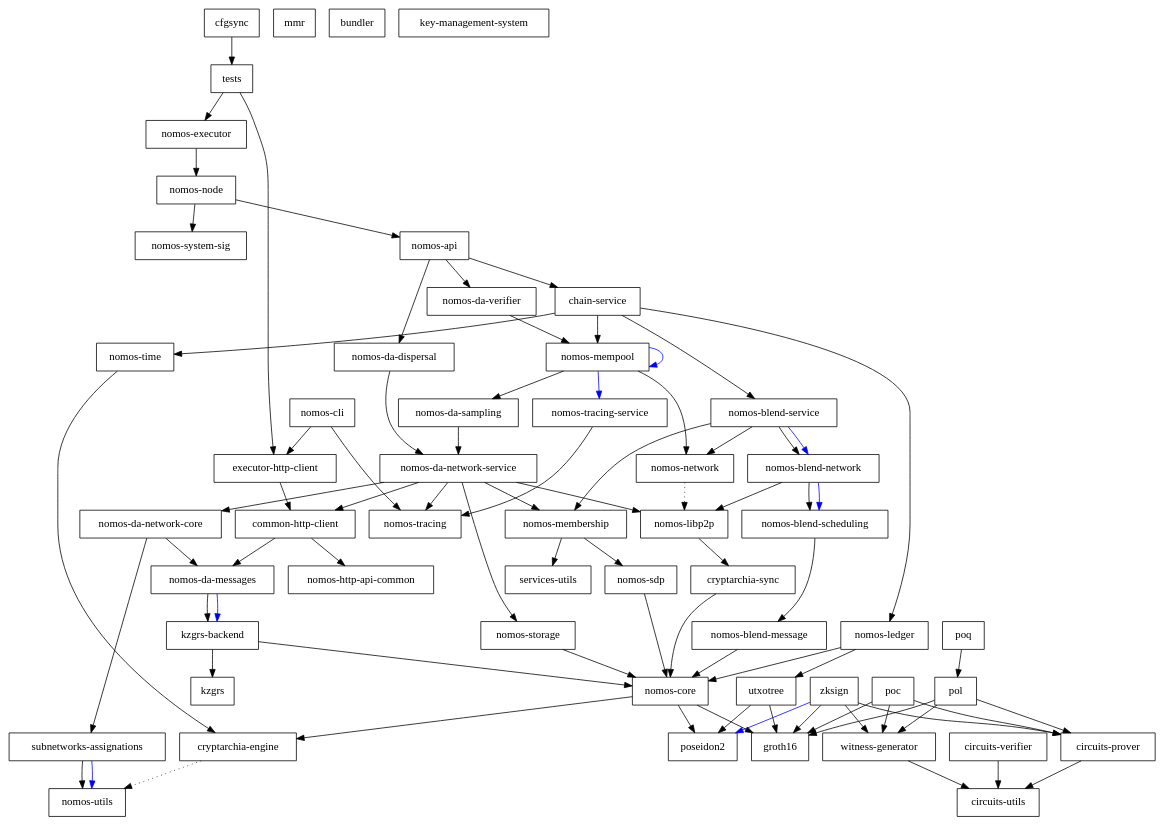
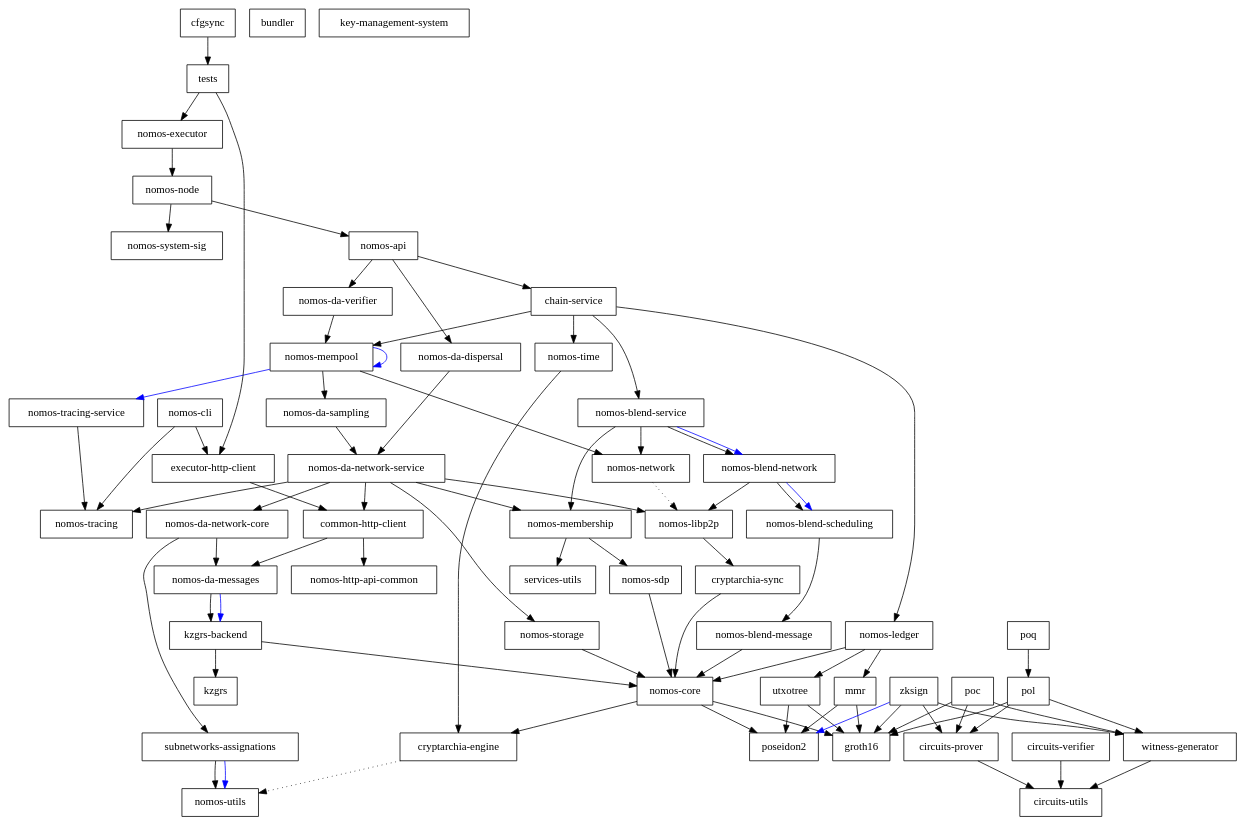
Before and after one commit to Astro521/logos-blockchain: the diagram in dependencies_graph.dot, drawn with Graphviz. The commit also changed 13 other files, not shown here.

```diff
--- a/dependencies_graph.dot
+++ b/dependencies_graph.dot
@@ -1,134 +1,137 @@
 digraph {
     0 [ label = "cryptarchia-engine" shape = box]
     1 [ label = "nomos-utils" shape = box]
     2 [ label = "cryptarchia-sync" shape = box]
     3 [ label = "nomos-core" shape = box]
     4 [ label = "groth16" shape = box]
     5 [ label = "poseidon2" shape = box]
     6 [ label = "nomos-ledger" shape = box]
-    7 [ label = "utxotree" shape = box]
-    8 [ label = "mmr" shape = box]
+    7 [ label = "mmr" shape = box]
+    8 [ label = "utxotree" shape = box]
     9 [ label = "nomos-http-api-common" shape = box]
     10 [ label = "nomos-executor" shape = box]
     11 [ label = "kzgrs-backend" shape = box]
     12 [ label = "kzgrs" shape = box]
     13 [ label = "nomos-api" shape = box]
     14 [ label = "chain-service" shape = box]
     15 [ label = "nomos-blend-service" shape = box]
     16 [ label = "nomos-blend-message" shape = box]
     17 [ label = "nomos-blend-network" shape = box]
     18 [ label = "nomos-blend-scheduling" shape = box]
     19 [ label = "nomos-libp2p" shape = box]
     20 [ label = "nomos-membership" shape = box]
     21 [ label = "nomos-sdp" shape = box]
     22 [ label = "services-utils" shape = box]
     23 [ label = "nomos-network" shape = box]
     24 [ label = "nomos-da-sampling" shape = box]
     25 [ label = "nomos-da-network-core" shape = box]
     26 [ label = "nomos-da-messages" shape = box]
     27 [ label = "subnetworks-assignations" shape = box]
     28 [ label = "nomos-da-network-service" shape = box]
     29 [ label = "common-http-client" shape = box]
     30 [ label = "nomos-storage" shape = box]
     31 [ label = "nomos-tracing" shape = box]
     32 [ label = "nomos-mempool" shape = box]
     33 [ label = "nomos-tracing-service" shape = box]
     34 [ label = "nomos-time" shape = box]
     35 [ label = "nomos-da-dispersal" shape = box]
     36 [ label = "nomos-da-verifier" shape = box]
     37 [ label = "nomos-node" shape = box]
     38 [ label = "nomos-system-sig" shape = box]
     39 [ label = "executor-http-client" shape = box]
     40 [ label = "bundler" shape = box]
     41 [ label = "nomos-cli" shape = box]
     42 [ label = "key-management-system" shape = box]
     43 [ label = "cfgsync" shape = box]
     44 [ label = "tests" shape = box]
     45 [ label = "circuits-prover" shape = box]
     46 [ label = "circuits-utils" shape = box]
     47 [ label = "circuits-verifier" shape = box]
     48 [ label = "witness-generator" shape = box]
     49 [ label = "poc" shape = box]
     50 [ label = "pol" shape = box]
     51 [ label = "poq" shape = box]
     52 [ label = "zksign" shape = box]
     0 -> 1 [ style = dotted]
     2 -> 3 [ ]
     3 -> 0 [ ]
     3 -> 4 [ ]
     3 -> 5 [ ]
+    6 -> 7 [ ]
     6 -> 3 [ ]
-    6 -> 7 [ ]
+    6 -> 8 [ ]
     7 -> 4 [ ]
     7 -> 5 [ ]
+    8 -> 4 [ ]
+    8 -> 5 [ ]
     10 -> 37 [ ]
     11 -> 12 [ ]
     11 -> 3 [ ]
     13 -> 14 [ ]
     13 -> 35 [ ]
     13 -> 36 [ ]
     14 -> 15 [ ]
     14 -> 6 [ ]
     14 -> 32 [ ]
     14 -> 34 [ ]
     15 -> 17 [ ]
     15 -> 17 [ color = blue]
     15 -> 20 [ ]
     15 -> 23 [ ]
     16 -> 3 [ ]
     17 -> 18 [ ]
     17 -> 18 [ color = blue]
     17 -> 19 [ ]
     18 -> 16 [ ]
     19 -> 2 [ ]
     20 -> 21 [ ]
     20 -> 22 [ ]
     21 -> 3 [ ]
     23 -> 19 [ style = dotted]
     24 -> 28 [ ]
     25 -> 26 [ ]
     25 -> 27 [ ]
     26 -> 11 [ ]
     26 -> 11 [ color = blue]
     27 -> 1 [ ]
     27 -> 1 [ color = blue]
     28 -> 29 [ ]
     28 -> 25 [ ]
     28 -> 19 [ ]
     28 -> 20 [ ]
     28 -> 30 [ ]
     28 -> 31 [ ]
     29 -> 26 [ ]
     29 -> 9 [ ]
     30 -> 3 [ ]
     32 -> 24 [ ]
     32 -> 32 [ color = blue]
     32 -> 23 [ ]
     32 -> 33 [ color = blue]
     33 -> 31 [ ]
     34 -> 0 [ ]
     35 -> 28 [ ]
     36 -> 32 [ ]
     37 -> 13 [ ]
     37 -> 38 [ ]
     39 -> 29 [ ]
     41 -> 39 [ ]
     41 -> 31 [ ]
     43 -> 44 [ ]
     44 -> 39 [ ]
     44 -> 10 [ ]
     45 -> 46 [ ]
     47 -> 46 [ ]
     48 -> 46 [ ]
     49 -> 45 [ ]
     49 -> 4 [ ]
     49 -> 48 [ ]
     50 -> 45 [ ]
     50 -> 4 [ ]
     50 -> 48 [ ]
     51 -> 50 [ ]
     52 -> 45 [ ]
     52 -> 4 [ ]
     52 -> 5 [ color = blue]
     52 -> 48 [ ]
 }
```
